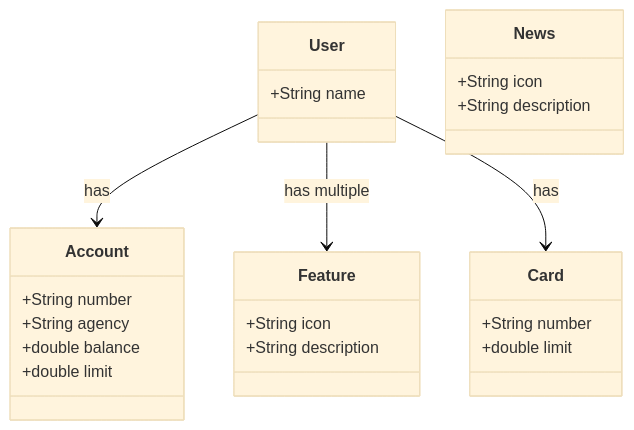
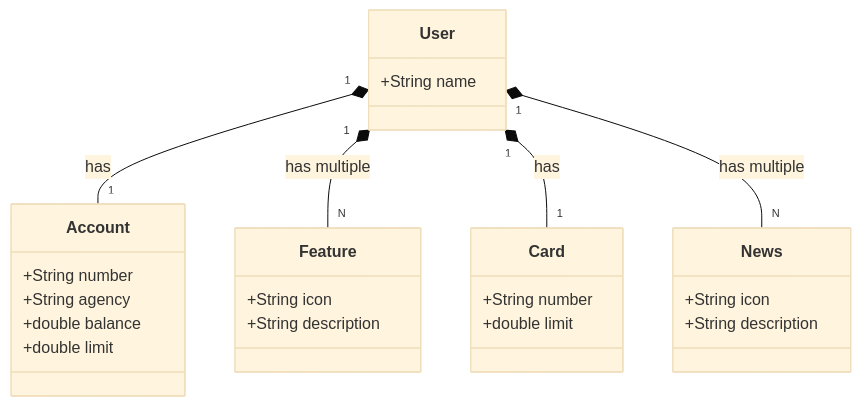
The diagram in DesafiosProjeto/api_rest_nuvem/README.md (pedroanicio/SpringFramework), drawn with Mermaid (base theme) before and after one commit.

Commit message:
adding diagrama

````diff
--- a/DesafiosProjeto/api_rest_nuvem/README.md
+++ b/DesafiosProjeto/api_rest_nuvem/README.md
@@ -4,34 +4,35 @@
 ```mermaid
 
 classDiagram
     class User {
         +String name
     }
 
     class Account {
         +String number
         +String agency
         +double balance
         +double limit
     }
 
     class Feature {
         +String icon
         +String description
     }
 
     class Card {
         +String number
         +double limit
     }
 
     class News {
         +String icon
         +String description
     }
 
-    User --> Account : has
-    User --> Feature : has multiple
-    User --> Card : has
+    User "1" *-- "1" Account : has
+    User "1" *-- "N" Feature : has multiple
+    User "1" *-- "1" Card : has
+    User "1" *-- "N" News : has multiple
 
 ```
````
